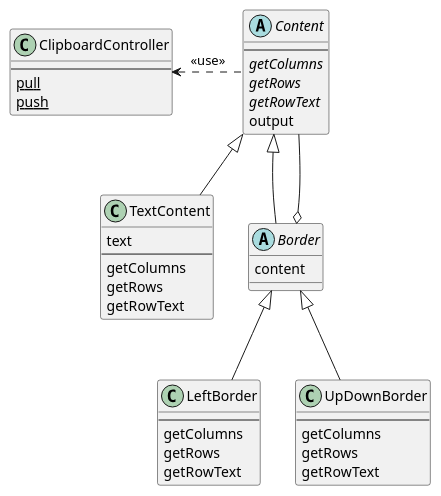
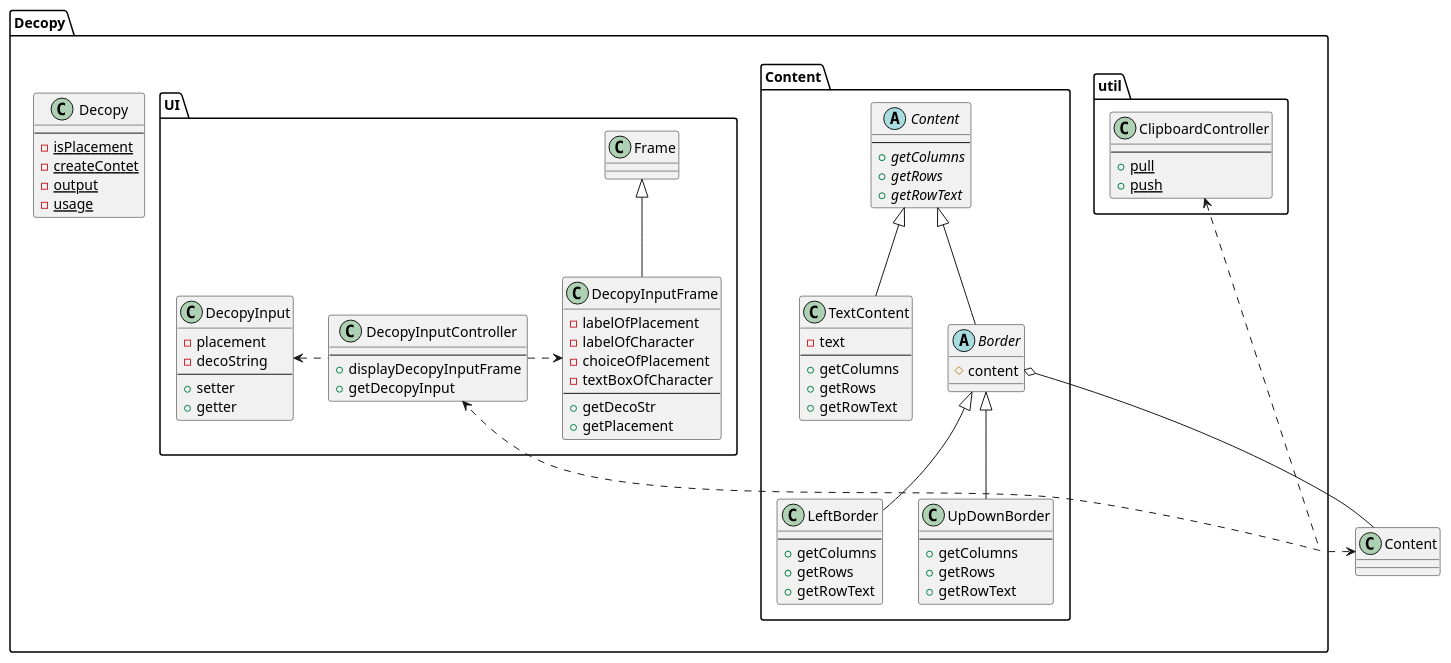
One commit to ryokow/Decopy changed the diagram in doc/class.pu. Above: the diagram before and after it, drawn with PlantUML. The commit also changed 2 other files, not shown here.

```diff
--- a/doc/class.pu
+++ b/doc/class.pu
@@ -1,46 +1,93 @@
 @startuml Decopy
 
-abstract class Content {
-    --
-    {abstract} getColumns
-    {abstract} getRows
-    {abstract} getRowText
-    output
-}
+package Decopy{
+    Package Content {
+        ' class ContentManager {}
+        ' Decoratorパターン ここから ---
+        abstract class Content {
+            --
+            + {abstract} getColumns
+            + {abstract} getRows
+            + {abstract} getRowText
+        }
 
-class TextContent extends Content {
-    text
-    --
-    getColumns
-    getRows
-    getRowText
-}
+        class TextContent extends Content {
+            - text
+            --
+            + getColumns
+            + getRows
+            + getRowText
+        }
 
-abstract class Border extends Content {
-    content
-}
+        abstract class Border extends Content {
+            # content
+        }
 
-class LeftBorder extends Border {
-    --
-    getColumns
-    getRows
-    getRowText
-}
+        class LeftBorder extends Border {
+            --
+            + getColumns
+            + getRows
+            + getRowText
+        }
 
-class UpDownBorder extends Border {
-    --
-    getColumns
-    getRows
-    getRowText
-}
+        class UpDownBorder extends Border {
+            --
+            + getColumns
+            + getRows
+            + getRowText
+        }
+        ' Decoratorパターン ここまで---
+    }
 
-class ClipboardController {
-    --
-    {static} pull
-    {static} push
+    package UI {
+        class DecopyInputController {
+            --
+            + displayDecopyInputFrame
+            + getDecopyInput
+        }
+
+        class DecopyInputFrame extends Frame{
+            - labelOfPlacement
+            - labelOfCharacter
+            - choiceOfPlacement
+            - textBoxOfCharacter
+            --
+            + getDecoStr
+            + getPlacement
+        }
+
+        class DecopyInput{
+        - placement
+        - decoString
+        --
+        + setter
+        + getter
+        }
+    }
+
+    package util {
+        class ClipboardController {
+        --
+        + {static} pull
+        + {static} push
+        }
+    }
+
+    class Decopy {
+        --
+        - {static} isPlacement
+        - {static} createContet
+        - {static} output
+        - {static} usage
+    }
 }
 
 Content --o Border 
-Content -left..> ClipboardController : <<use>>
+Decopy -up..> ClipboardController
+Decopy -right..> Content
+Decopy -down..> DecopyInputController
+DecopyInputController -right..> DecopyInputFrame
+DecopyInputController -left..> DecopyInput
+
 
 @enduml
```
